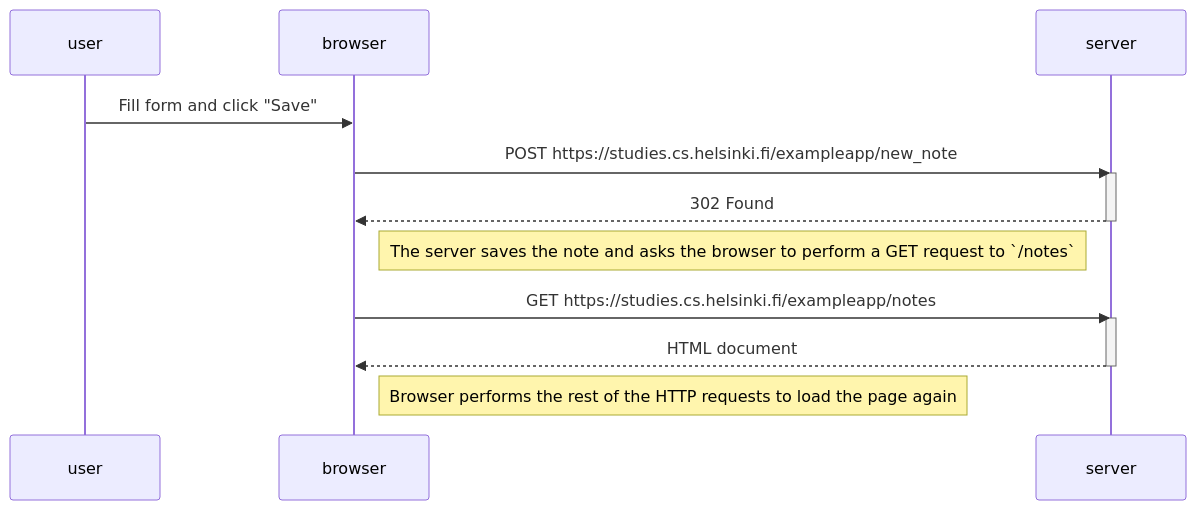
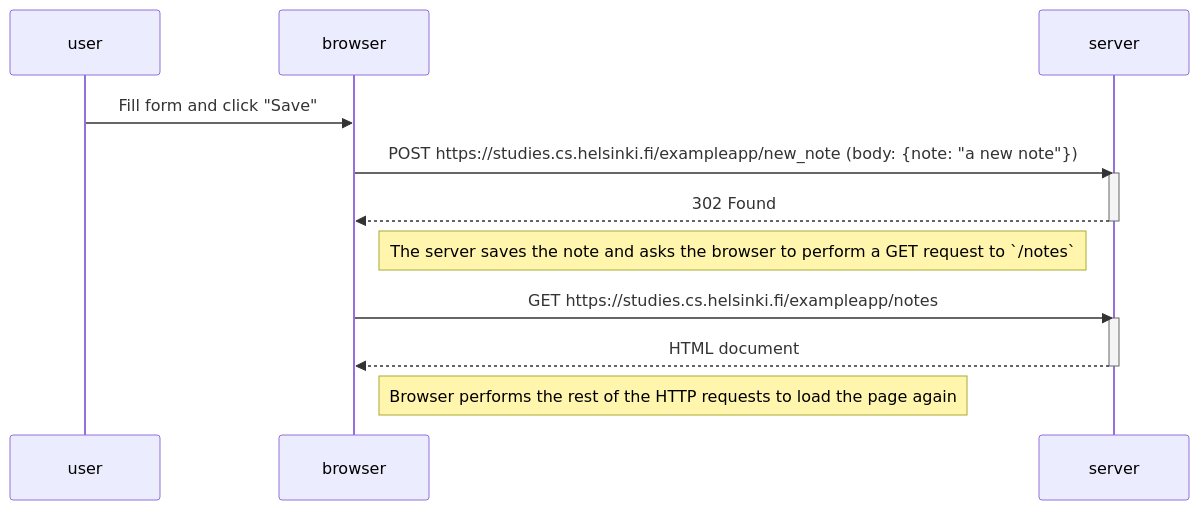
Before and after one commit to diegogv97/React-Full-Stack-Course: the diagram in part0/exercise0.4.md, drawn with Mermaid.

````diff
--- a/part0/exercise0.4.md
+++ b/part0/exercise0.4.md
@@ -1,21 +1,21 @@
 ```mermaid
 sequenceDiagram
     participant user
     participant browser
     participant server
 
     user->>browser: Fill form and click "Save"
-    browser->>server: POST https://studies.cs.helsinki.fi/exampleapp/new_note
+    browser->>server: POST https://studies.cs.helsinki.fi/exampleapp/new_note (body: {note: "a new note"})
     activate server
     server-->>browser: 302 Found
     deactivate server
 
     Note right of browser: The server saves the note and asks the browser to perform a GET request to `/notes`
 
     browser->>server: GET https://studies.cs.helsinki.fi/exampleapp/notes
     activate server
     server-->>browser: HTML document
     deactivate server 
 
     Note right of browser: Browser performs the rest of the HTTP requests to load the page again
 ```
````
